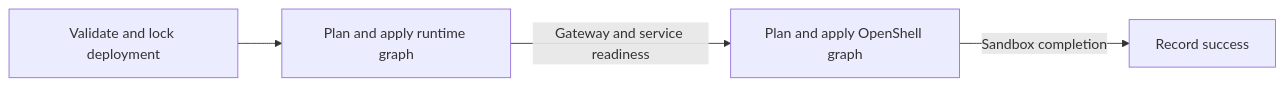
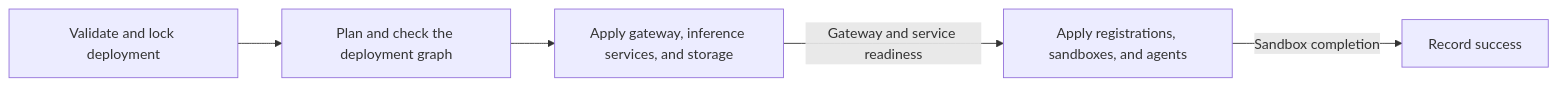
The diagram in docs/design/architecture.md (Adr1an04/NemoClaw), drawn with Mermaid before and after one commit. The commit also changed other lines of this file and 7 other files, not shown here.

First line of the commit message:
docs: describe each deployment as one OpenTofu root (#13287)

````diff
--- a/docs/design/architecture.md
+++ b/docs/design/architecture.md
@@ -182,6 +179,7 @@
 ```mermaid
 flowchart LR
-    Validate[Validate and lock deployment] --> Runtime[Plan and apply runtime graph]
-    Runtime -->|Gateway and service readiness| Shell[Plan and apply OpenShell graph]
+    Validate[Validate and lock deployment] --> Plan[Plan and check the deployment graph]
+    Plan --> Runtime[Apply gateway, inference services, and storage]
+    Runtime -->|Gateway and service readiness| Shell[Apply registrations, sandboxes, and agents]
     Shell -->|Sandbox completion| Done[Record success]
 ```
````
